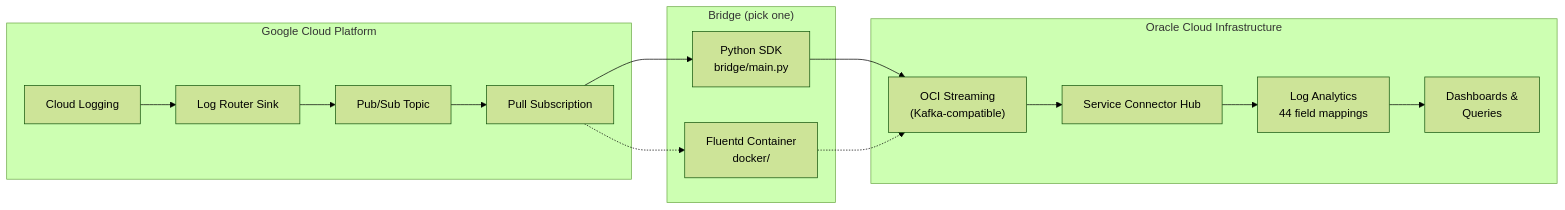
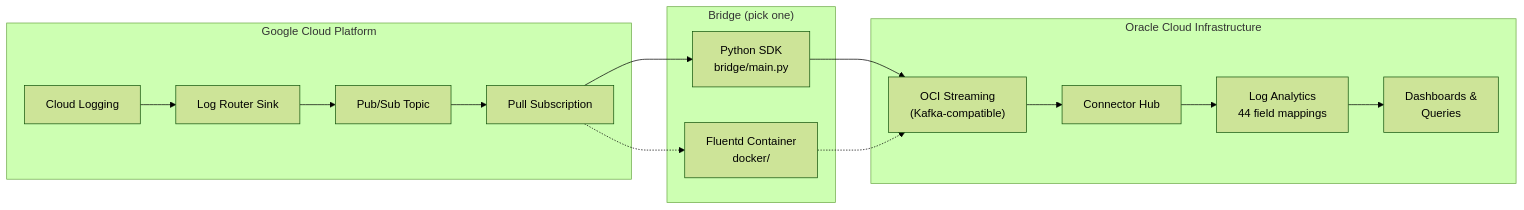
One commit to adibirzu/gcplogs2oci changed the first of 2 diagrams in README.md. Above: the diagram before and after it, drawn with Mermaid (forest theme). The commit also changed other lines of this file and 15 other files, not shown here.

````diff
--- a/README.md
+++ b/README.md
@@ -13,26 +13,26 @@
 ```mermaid
 flowchart LR
     subgraph GCP ["Google Cloud Platform"]
         CL["Cloud Logging"]
         LR["Log Router Sink"]
         PS["Pub/Sub Topic"]
         SUB["Pull Subscription"]
     end
 
     subgraph Bridge ["Bridge (pick one)"]
         PY["Python SDK<br/>bridge/main.py"]
         FL["Fluentd Container<br/>docker/"]
     end
 
     subgraph OCI ["Oracle Cloud Infrastructure"]
         ST["OCI Streaming<br/>(Kafka-compatible)"]
-        SCH["Service Connector Hub"]
+        SCH["Connector Hub"]
         LA["Log Analytics<br/>44 field mappings"]
         DASH["Dashboards &<br/>Queries"]
     end
 
     CL --> LR --> PS --> SUB
     SUB --> PY --> ST
     SUB -.-> FL -.-> ST
     ST --> SCH --> LA --> DASH
 ```
````
